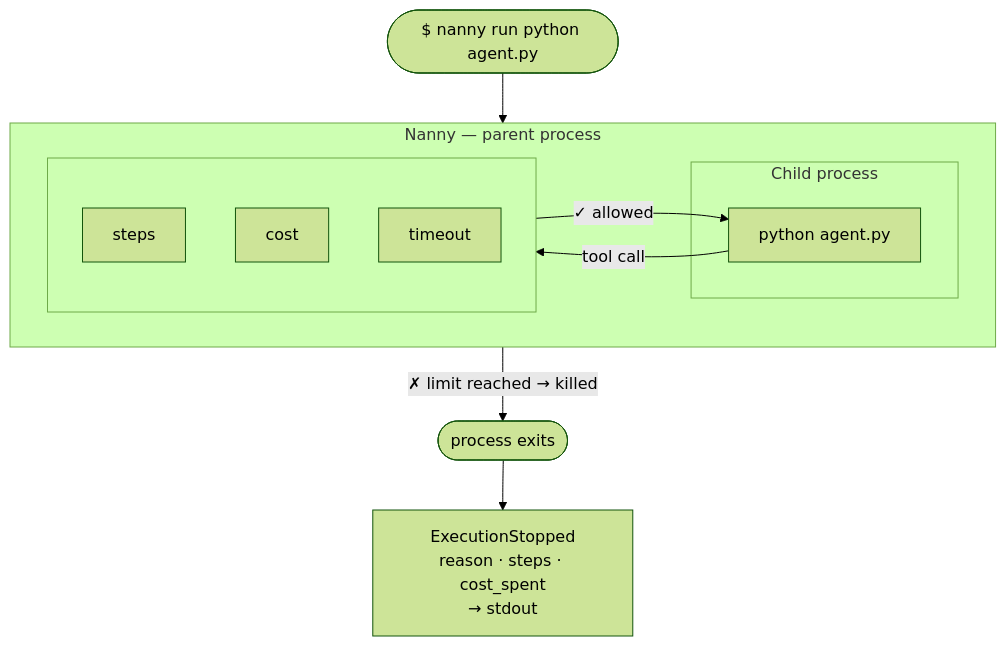
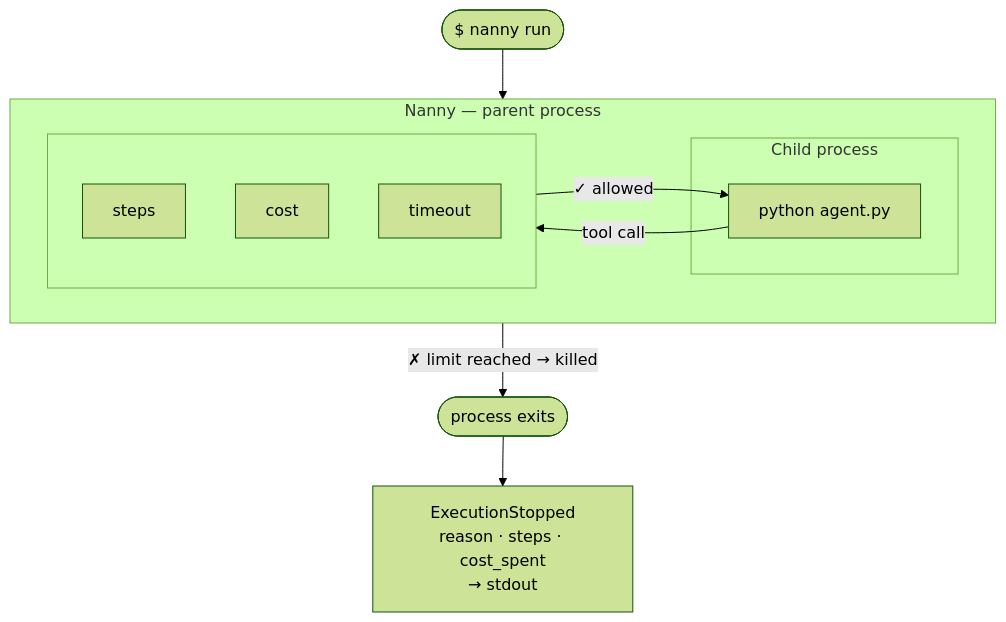
One commit to nanny-run/nanny changed the diagram in docs/concepts/how-it-works.mdx. Above: the diagram before and after it, drawn with Mermaid (forest theme). The commit also changed other lines of this file and 35 other files, not shown here.

````diff
--- a/docs/concepts/how-it-works.mdx
+++ b/docs/concepts/how-it-works.mdx
@@ -11,27 +11,27 @@
 ```mermaid
 flowchart TD
-    CMD(["$ nanny run python agent.py"])
+    CMD(["$ nanny run"])
 
     CMD --> NANNY
 
     subgraph NANNY["Nanny — parent process"]
         direction LR
 
         subgraph CHILD["Child process"]
             AGENT["python agent.py"]
         end
 
         subgraph ENFORCE[" "]
             direction TB
             STEPS["steps"]
             COST["cost"]
             TIMER["timeout"]
         end
 
         AGENT -- "tool call" --> ENFORCE
         ENFORCE -- "✓  allowed" --> AGENT
     end
 
     ENFORCE -- "✗  limit reached → killed" --> DEAD(["process exits"])
     DEAD --> LOG["ExecutionStopped\nreason · steps · cost_spent\n→ stdout"]
 ```
````
